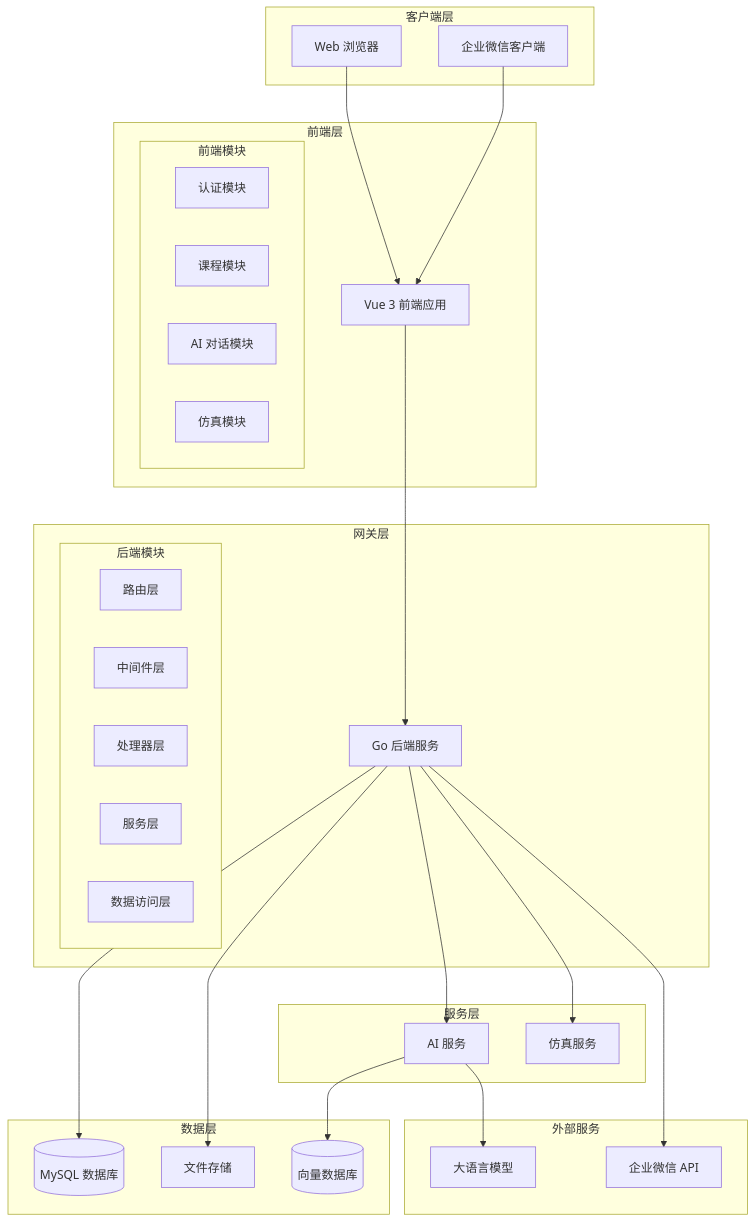
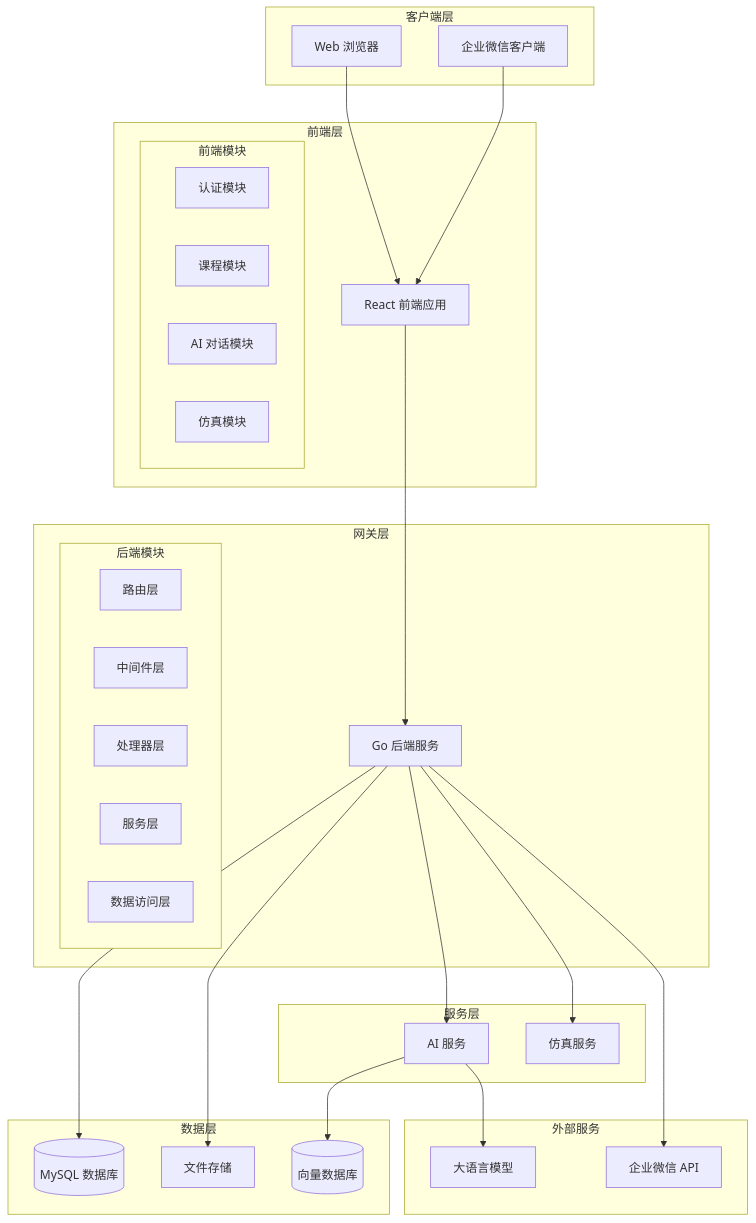
The diagram in docs/architecture/component-design.md (JadeSnow7/graduationDesign), drawn with Mermaid before and after one commit. The commit also changed 79 other files, not shown here.

````diff
--- a/docs/architecture/component-design.md
+++ b/docs/architecture/component-design.md
@@ -9,55 +9,55 @@
 ```mermaid
 graph TB
     subgraph "客户端层"
         WC[企业微信客户端]
         WB[Web 浏览器]
     end
     
     subgraph "前端层"
-        FE[Vue 3 前端应用]
+        FE[React 前端应用]
         subgraph "前端模块"
             AUTH[认证模块]
             COURSE[课程模块]
             AI[AI 对话模块]
             SIM[仿真模块]
         end
     end
     
     subgraph "网关层"
         BE[Go 后端服务]
         subgraph "后端模块"
             ROUTER[路由层]
             MIDDLEWARE[中间件层]
             HANDLER[处理器层]
             SERVICE[服务层]
             REPO[数据访问层]
         end
     end
     
     subgraph "服务层"
         AIS[AI 服务]
         SIMS[仿真服务]
     end
     
     subgraph "数据层"
         DB[(MySQL 数据库)]
         FS[文件存储]
         VDB[(向量数据库)]
     end
     
     subgraph "外部服务"
         LLM[大语言模型]
         WECOM[企业微信 API]
     end
     
     WC --> FE
     WB --> FE
     FE --> BE
     BE --> AIS
     BE --> SIMS
     BE --> DB
     BE --> FS
     AIS --> VDB
     AIS --> LLM
     BE --> WECOM
 ```
````
